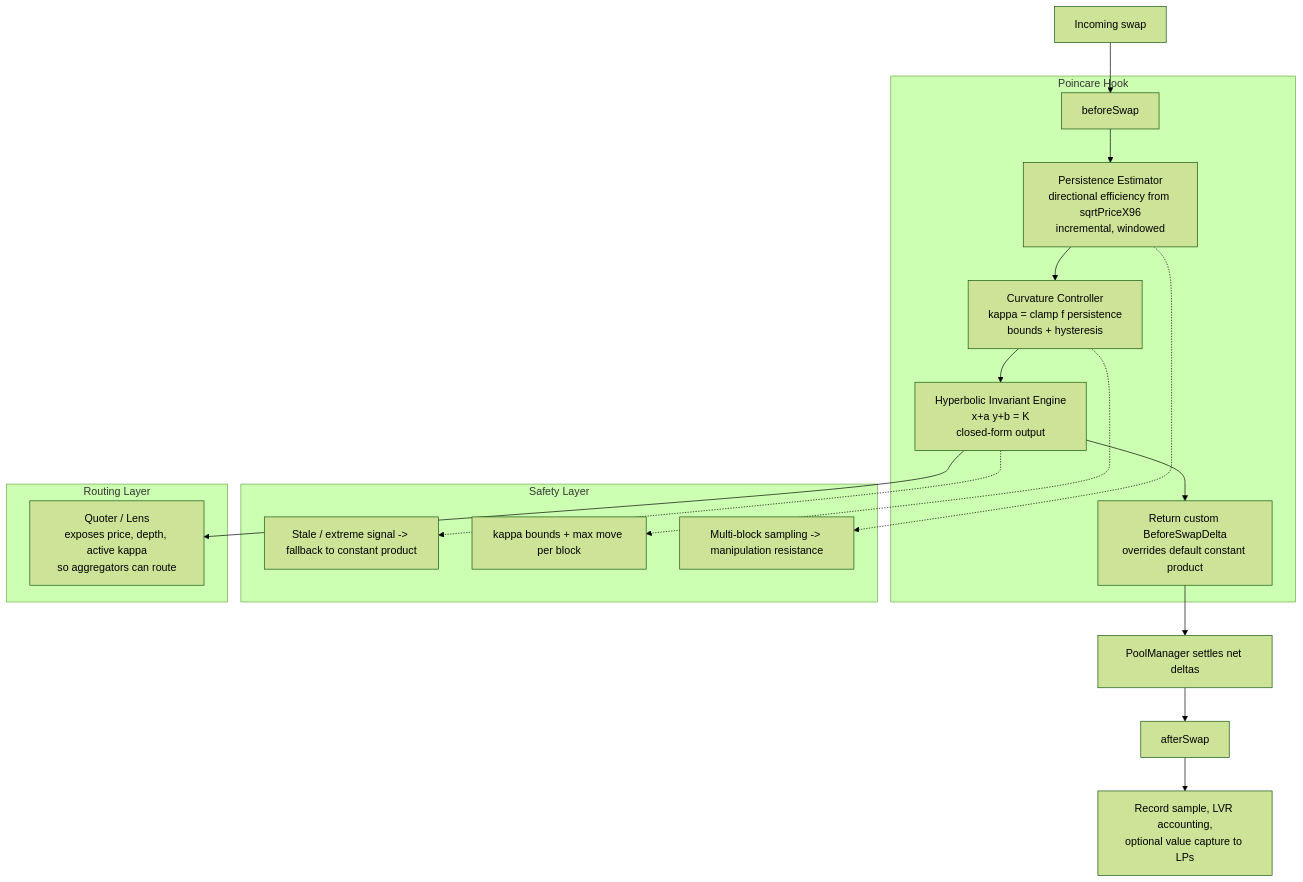
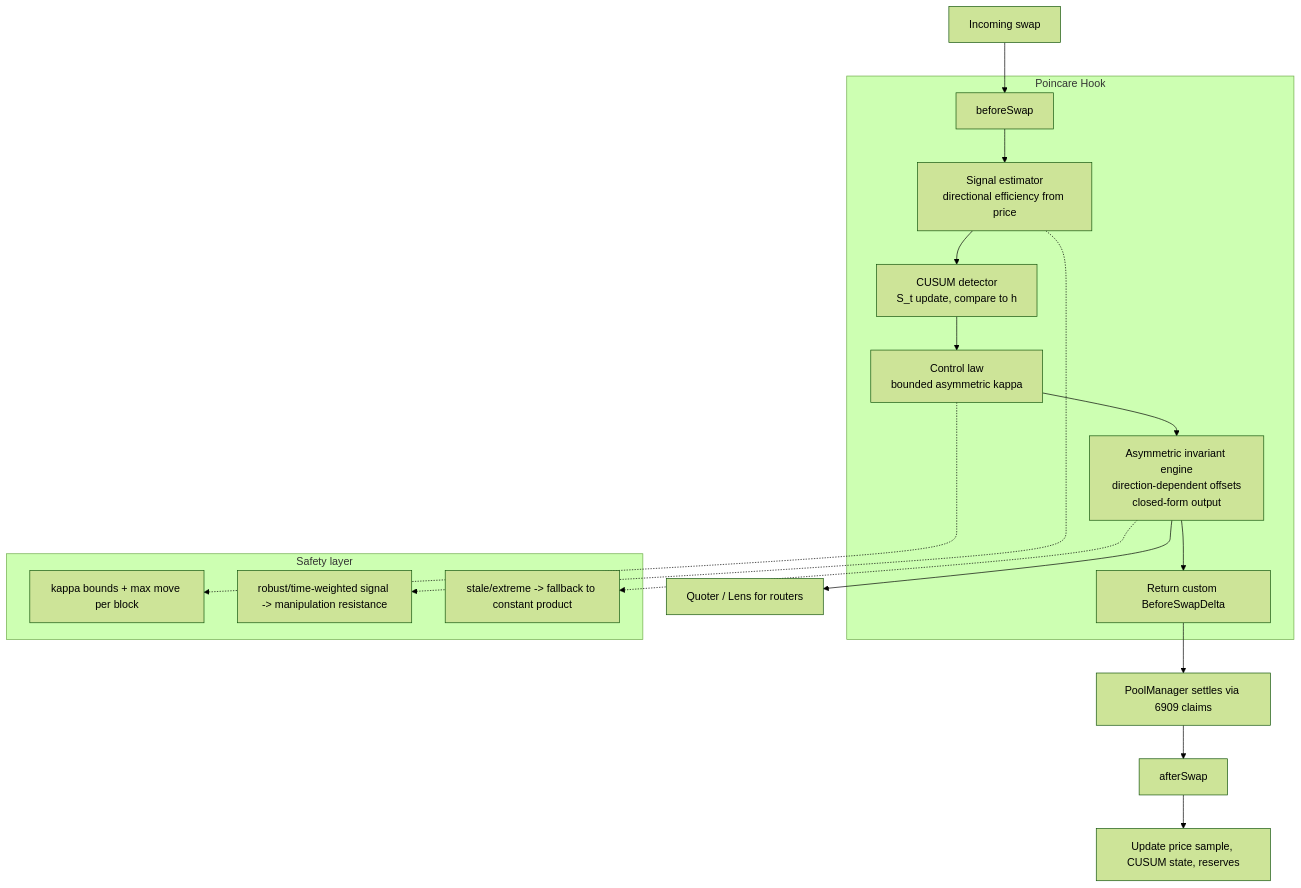
One commit to Prakhar-30/POINCARE changed the second of 3 diagrams in README.md. Above: the diagram before and after it, drawn with Mermaid (forest theme). The commit also changed other lines of this file, not shown here.

````diff
--- a/README.md
+++ b/README.md
@@ -96,25 +106,23 @@
 ```mermaid
 flowchart TD
     SWAP["Incoming swap"] --> BS["beforeSwap"]
     subgraph HOOK["Poincare Hook"]
-        BS --> EST["Persistence Estimator<br/>directional efficiency from sqrtPriceX96<br/>incremental, windowed"]
-        EST --> CTRL["Curvature Controller<br/>kappa = clamp f persistence<br/>bounds + hysteresis"]
-        CTRL --> INV["Hyperbolic Invariant Engine<br/>x+a y+b = K<br/>closed-form output"]
-        INV --> DELTA["Return custom BeforeSwapDelta<br/>overrides default constant product"]
+        BS --> EST["Signal estimator<br/>directional efficiency from price"]
+        EST --> DET["CUSUM detector<br/>S_t update, compare to h"]
+        DET --> LAW["Control law<br/>bounded asymmetric kappa"]
+        LAW --> INV["Asymmetric invariant engine<br/>direction-dependent offsets<br/>closed-form output"]
+        INV --> DELTA["Return custom BeforeSwapDelta"]
     end
-    DELTA --> SETTLE["PoolManager settles net deltas"]
+    DELTA --> SETTLE["PoolManager settles via 6909 claims"]
     SETTLE --> AS["afterSwap"]
-    AS --> ACCT["Record sample, LVR accounting,<br/>optional value capture to LPs"]
-    subgraph SAFETY["Safety Layer"]
-        CB["Stale / extreme signal -> fallback to constant product"]
+    AS --> ACCT["Update price sample, CUSUM state, reserves"]
+    subgraph SAFETY["Safety layer"]
         BND["kappa bounds + max move per block"]
-        TW["Multi-block sampling -> manipulation resistance"]
+        ROB["robust/time-weighted signal -> manipulation resistance"]
+        CB["stale/extreme -> fallback to constant product"]
     end
-    EST -.-> TW
-    CTRL -.-> BND
+    EST -.-> ROB
+    LAW -.-> BND
     INV -.-> CB
-    subgraph ROUTE["Routing Layer"]
-        LENS["Quoter / Lens<br/>exposes price, depth, active kappa<br/>so aggregators can route"]
-    end
-    INV --> LENS
+    INV --> LENS["Quoter / Lens for routers"]
 ```
````
